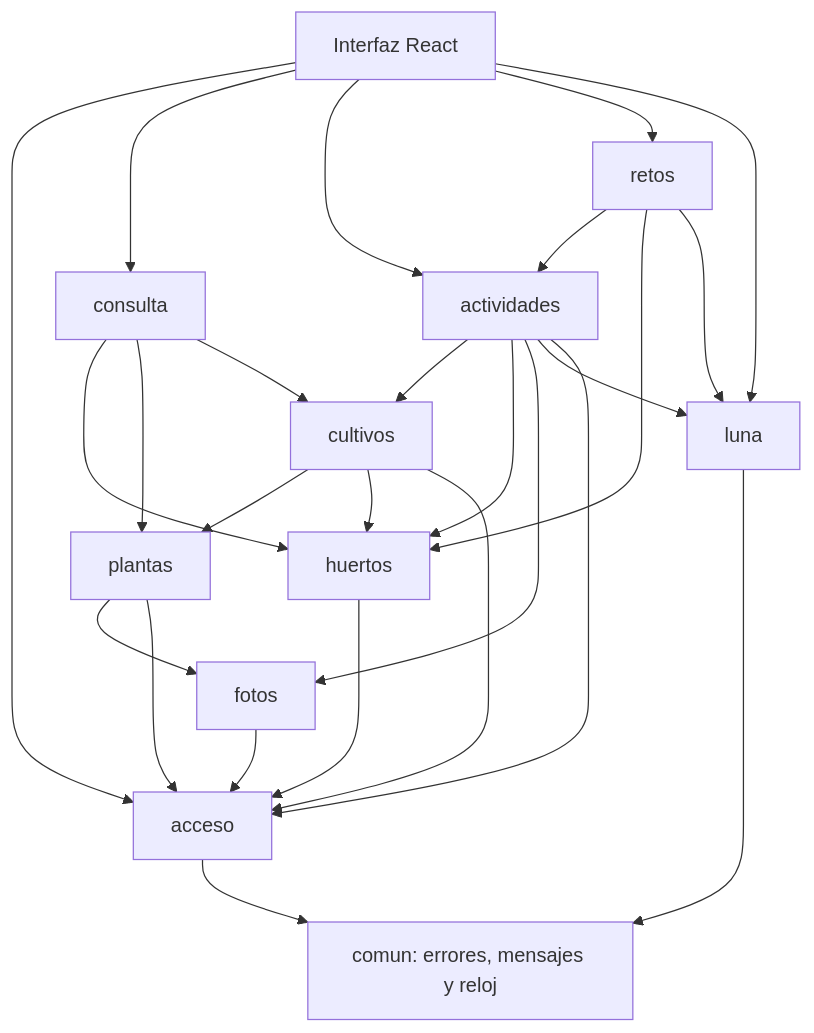
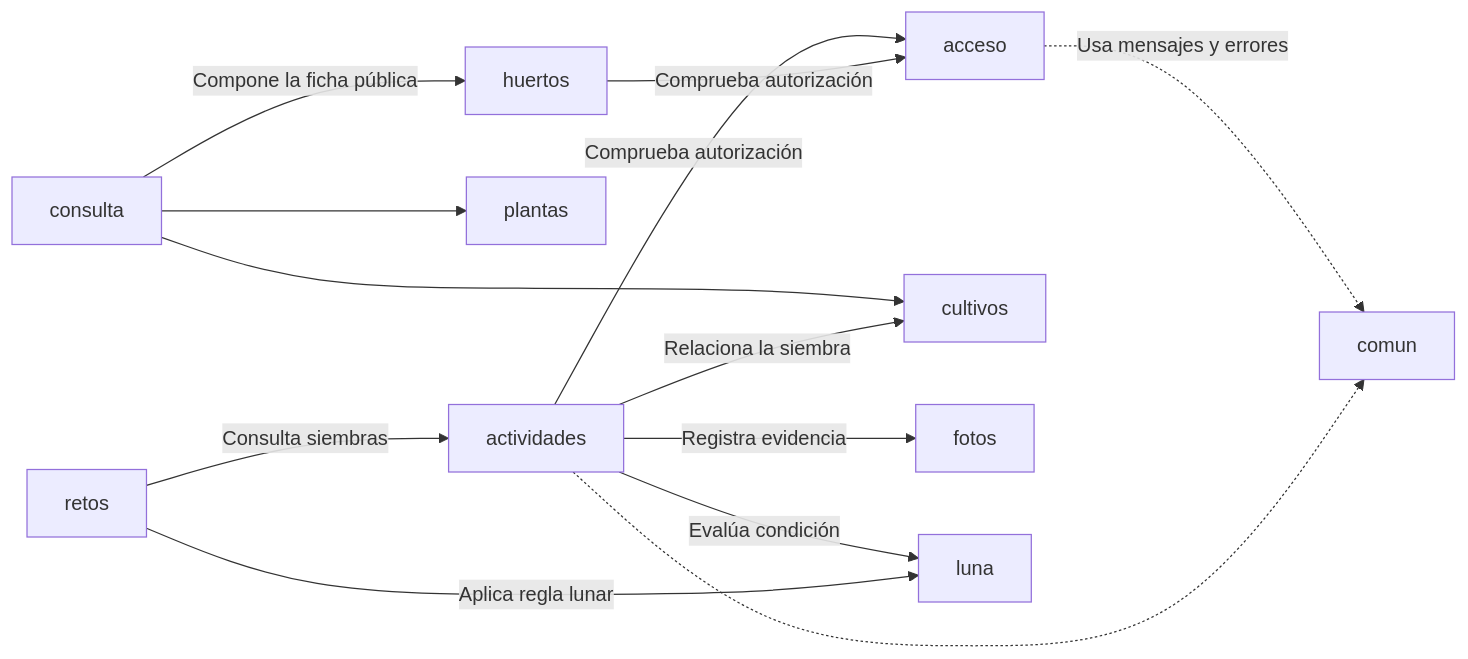
One commit to OscarGualo/ProyectoPlantasMedicinales changed the third of 3 diagrams in docs/v2_2/06_Arquitectura_y_diseno_techmOS.md. Above: the diagram before and after it, drawn with Mermaid. The commit also changed other lines of this file, not shown here.

````diff
--- a/docs/v2_2/06_Arquitectura_y_diseno_techmOS.md
+++ b/docs/v2_2/06_Arquitectura_y_diseno_techmOS.md
@@ -64,28 +114,26 @@
 ```mermaid
-flowchart TB
-    UI["Interfaz React"] --> ACC["acceso"]
-    UI --> CON["consulta"]
-    UI --> ACT["actividades"]
-    UI --> RET["retos"]
-    UI --> LUN["luna"]
-    CON --> HUE["huertos"]
-    CON --> PLA["plantas"]
-    CON --> CUL["cultivos"]
-    ACT --> CUL
-    ACT --> HUE
-    ACT --> FOT["fotos"]
-    ACT --> LUN
-    ACT --> ACC
-    RET --> ACT
-    RET --> HUE
-    RET --> LUN
-    CUL --> PLA
-    CUL --> HUE
-    CUL --> ACC
-    PLA --> FOT
-    PLA --> ACC
-    HUE --> ACC
-    FOT --> ACC
-    ACC --> COM["comun: errores, mensajes y reloj"]
-    LUN --> COM
+flowchart LR
+    consulta["consulta"]
+    acceso["acceso"]
+    huertos["huertos"]
+    plantas["plantas"]
+    cultivos["cultivos"]
+    actividades["actividades"]
+    fotos["fotos"]
+    luna["luna"]
+    retos["retos"]
+    comun["comun"]
+
+    consulta -->|"Compone la ficha pública"| huertos
+    consulta --> plantas
+    consulta --> cultivos
+    actividades -->|"Comprueba autorización"| acceso
+    huertos -->|"Comprueba autorización"| acceso
+    actividades -->|"Registra evidencia"| fotos
+    actividades -->|"Evalúa condición"| luna
+    actividades -->|"Relaciona la siembra"| cultivos
+    retos -->|"Consulta siembras"| actividades
+    retos -->|"Aplica regla lunar"| luna
+    acceso -.->|"Usa mensajes y errores"| comun
+    actividades -.-> comun
 ```
````
